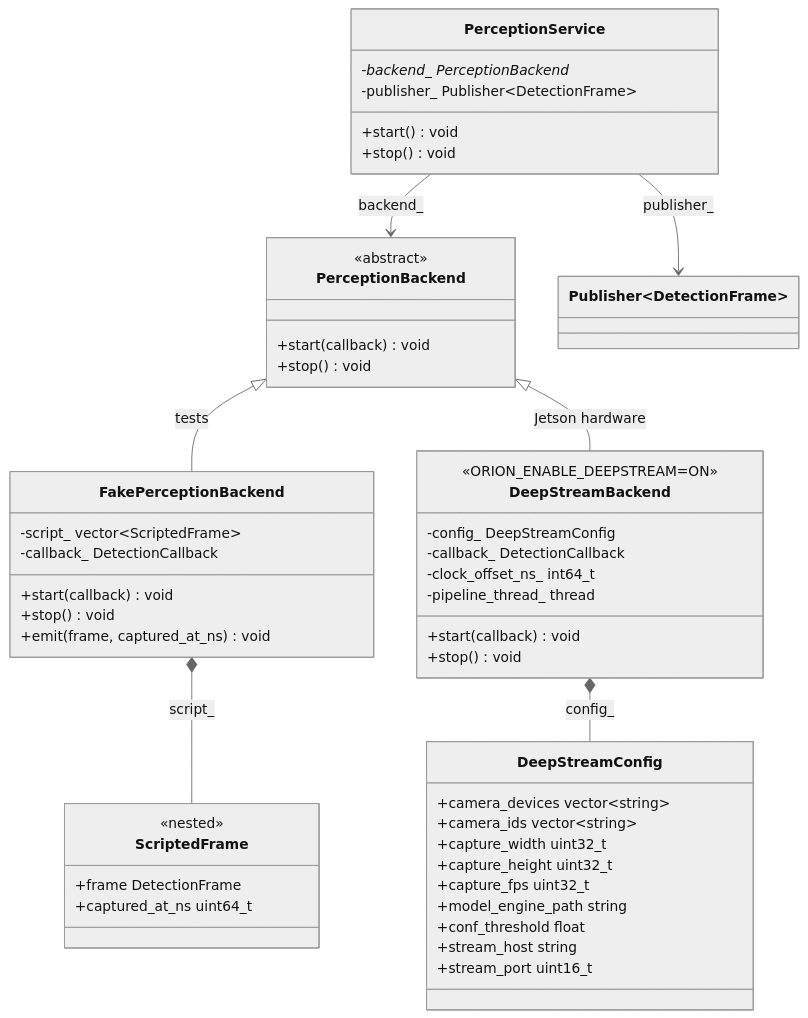
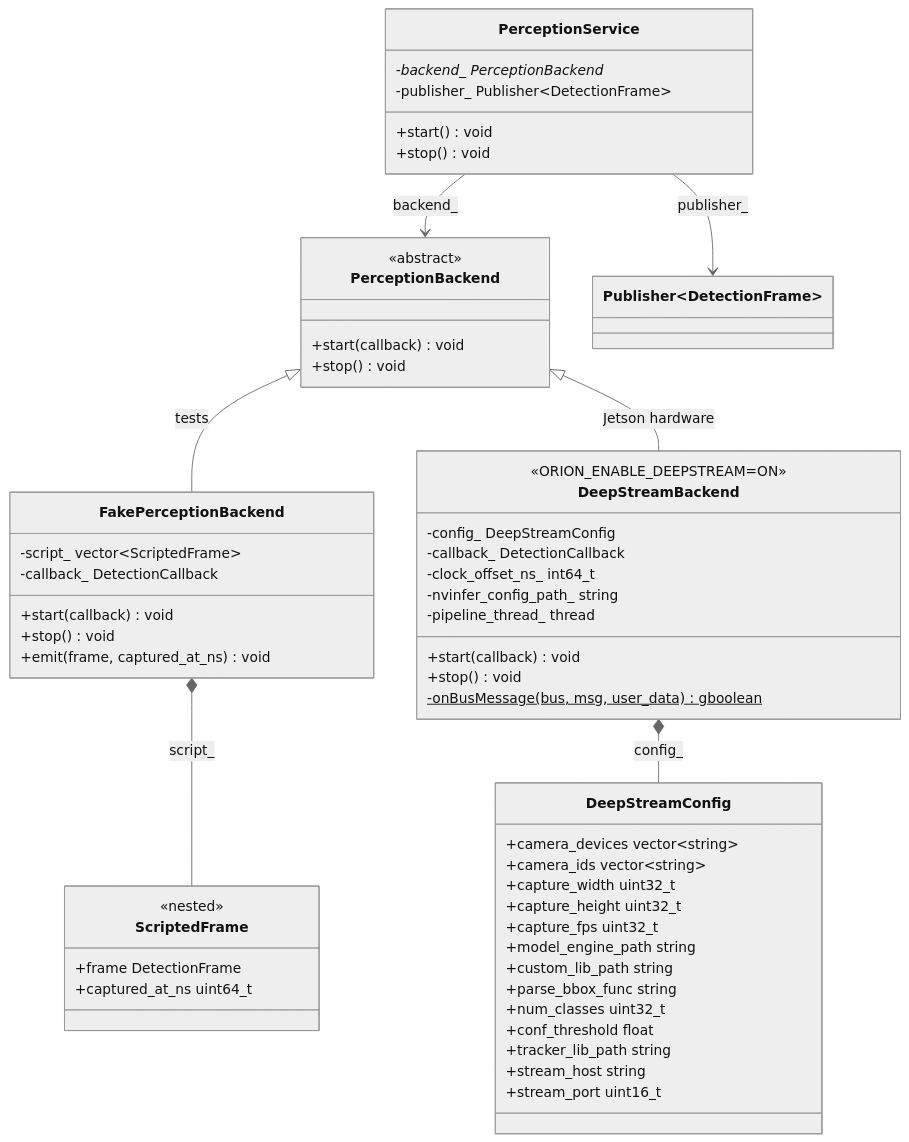
Before and after one commit to Unmanned-Constellation/orion: the first of 5 diagrams in docs/libs/orion-perception.md, drawn with Mermaid (neutral theme). The commit also changed other lines of this file and 6 other files, not shown here.

````diff
--- a/docs/libs/orion-perception.md
+++ b/docs/libs/orion-perception.md
@@ -11,52 +11,58 @@
 ```{mermaid}
 classDiagram
     class PerceptionBackend {
         <<abstract>>
         +start(callback) void
         +stop() void
     }
     class PerceptionService {
         -backend_ PerceptionBackend*
         -publisher_ Publisher~DetectionFrame~
         +start() void
         +stop() void
     }
     class FakePerceptionBackend {
         -script_ vector~ScriptedFrame~
         -callback_ DetectionCallback
         +start(callback) void
         +stop() void
         +emit(frame, captured_at_ns) void
     }
     class ScriptedFrame {
         <<nested>>
         +frame DetectionFrame
         +captured_at_ns uint64_t
     }
     class DeepStreamBackend {
         <<ORION_ENABLE_DEEPSTREAM=ON>>
         -config_ DeepStreamConfig
         -callback_ DetectionCallback
         -clock_offset_ns_ int64_t
+        -nvinfer_config_path_ string
         -pipeline_thread_ thread
         +start(callback) void
         +stop() void
+        -onBusMessage(bus, msg, user_data)$ gboolean
     }
     class DeepStreamConfig {
         +camera_devices vector~string~
         +camera_ids vector~string~
         +capture_width uint32_t
         +capture_height uint32_t
         +capture_fps uint32_t
         +model_engine_path string
+        +custom_lib_path string
+        +parse_bbox_func string
+        +num_classes uint32_t
         +conf_threshold float
+        +tracker_lib_path string
         +stream_host string
         +stream_port uint16_t
     }
     PerceptionBackend <|-- FakePerceptionBackend : tests
     PerceptionBackend <|-- DeepStreamBackend : Jetson hardware
     FakePerceptionBackend *-- ScriptedFrame : script_
     DeepStreamBackend *-- DeepStreamConfig : config_
     PerceptionService --> PerceptionBackend : backend_
     PerceptionService --> Publisher~DetectionFrame~ : publisher_
 ```
````
